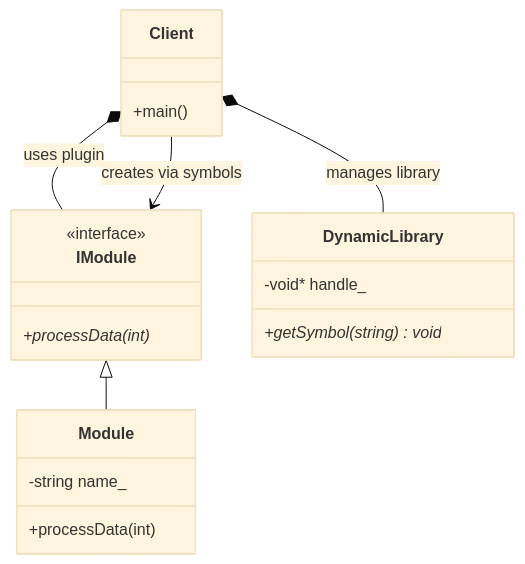
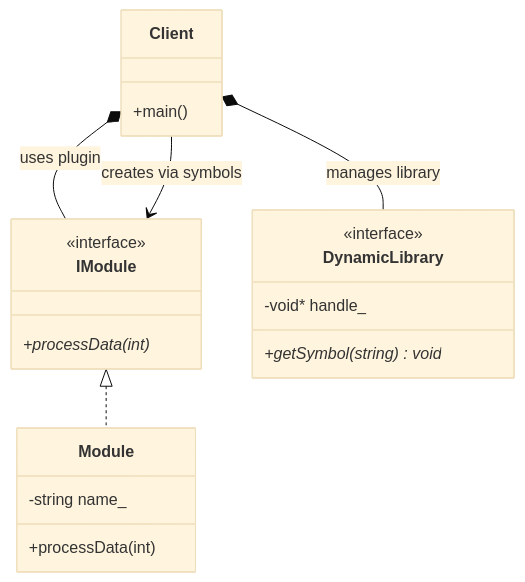
The diagram in 17_ModuleLoader/diagram.md (Cichlidfishexigency721/Modern-CPP-Design-Patterns), drawn with Mermaid (base theme) before and after one commit.

Commit message:
UML improvement

````diff
--- a/17_ModuleLoader/diagram.md
+++ b/17_ModuleLoader/diagram.md
@@ -3,33 +3,34 @@
 ```mermaid
 classDiagram
+   class Client {
+      +main()
+   }
+
    class IModule {
       <<interface>>
       +processData(int)*
    }
 
    class Module {
       -string name_
       +processData(int)
    }
 
    class DynamicLibrary {
+      <<interface>>
       -void* handle_
       +getSymbol(string) void*
    }
 
-   class Client {
-      +main()
-   }
-
-   %% Inheritance (Is_a)
-   IModule <|-- Module
+   %% Inheritance (Implements)
+   IModule <|.. Module
 
    %% The Client owns the RAII wrapper for the library
    Client *-- DynamicLibrary : manages library
 
    %% The Client owns the module instance via unique_ptr
    Client *-- IModule : uses plugin
 
    %% The Client depends on the factory functions exported by the .so
    Client --> IModule : creates via symbols
 ```
````
